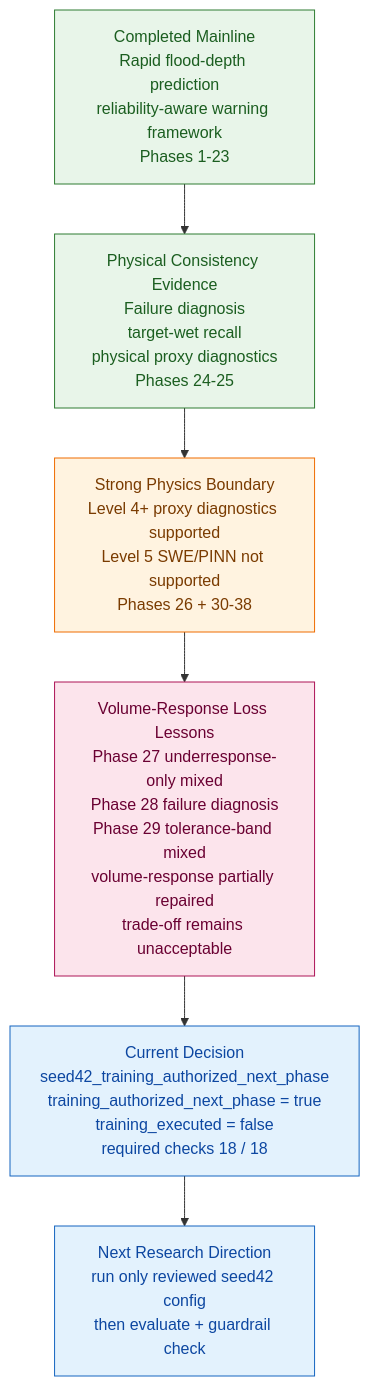
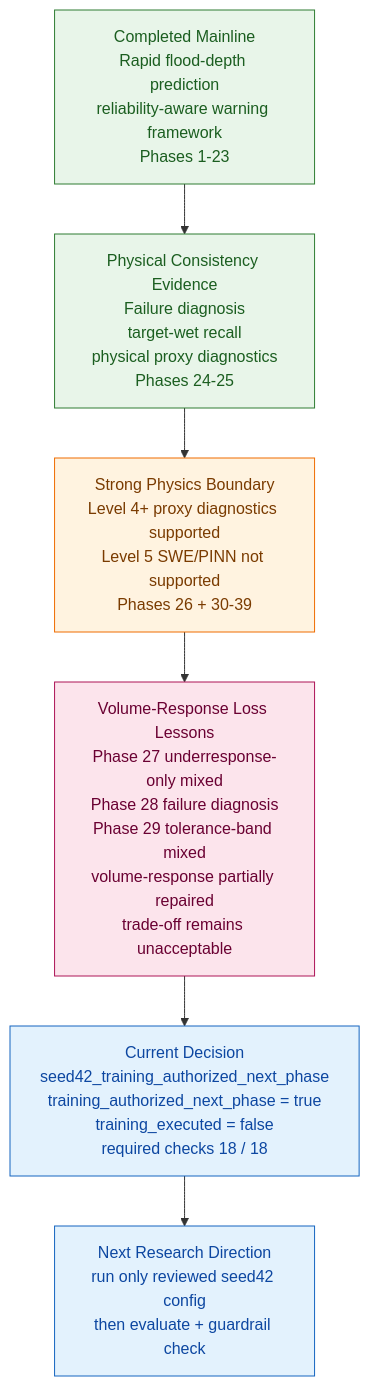
One commit to HolyLin990604/physics-guided-urban-flood-prediction changed the third of 3 diagrams in README.md. Above: the diagram before and after it, drawn with Mermaid. The commit also changed other lines of this file and 2 other files, not shown here.

````diff
--- a/README.md
+++ b/README.md
@@ -472,16 +476,16 @@
 ```mermaid
 flowchart TD
     A["Completed Mainline<br/>Rapid flood-depth prediction<br/>reliability-aware warning framework<br/>Phases 1-23"]:::completed
     B["Physical Consistency Evidence<br/>Failure diagnosis<br/>target-wet recall<br/>physical proxy diagnostics<br/>Phases 24-25"]:::completed
-    C["Strong Physics Boundary<br/>Level 4+ proxy diagnostics supported<br/>Level 5 SWE/PINN not supported<br/>Phases 26 + 30-38"]:::boundary
+    C["Strong Physics Boundary<br/>Level 4+ proxy diagnostics supported<br/>Level 5 SWE/PINN not supported<br/>Phases 26 + 30-39"]:::boundary
     D["Volume-Response Loss Lessons<br/>Phase 27 underresponse-only mixed<br/>Phase 28 failure diagnosis<br/>Phase 29 tolerance-band mixed<br/>volume-response partially repaired<br/>trade-off remains unacceptable"]:::diagnosis
     E["Current Decision<br/>seed42_training_authorized_next_phase<br/>training_authorized_next_phase = true<br/>training_executed = false<br/>required checks 18 / 18"]:::current
     F["Next Research Direction<br/>run only reviewed seed42 config<br/>then evaluate + guardrail check"]:::current
 
     A --> B --> C --> D --> E --> F
 
     classDef completed fill:#e8f5e9,stroke:#2e7d32,color:#1b5e20
     classDef boundary fill:#fff3e0,stroke:#ef6c00,color:#7a3b00
     classDef diagnosis fill:#fce4ec,stroke:#ad1457,color:#6a0032
     classDef current fill:#e3f2fd,stroke:#1565c0,color:#0d47a1
 ```
````
